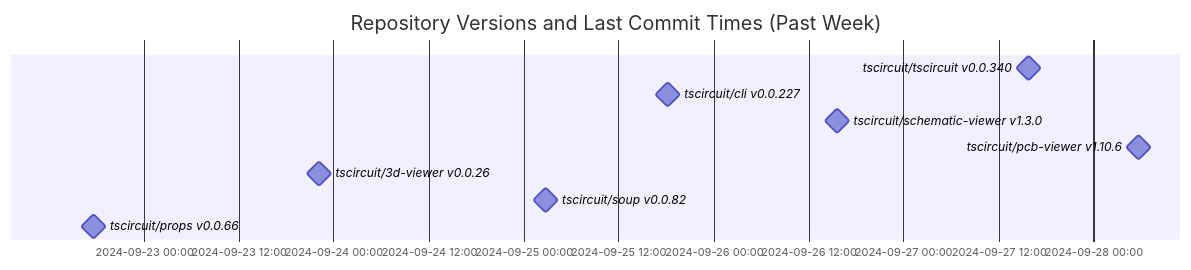
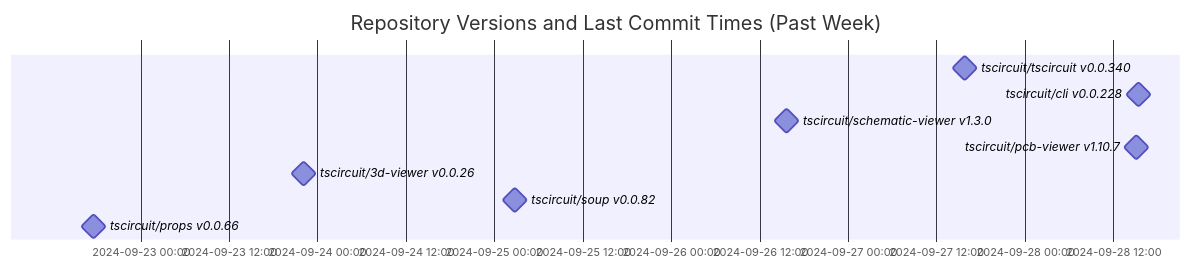
One commit to tscircuit/version-tracker changed the diagram in README.md. Above: the diagram before and after it, drawn with Mermaid.

Commit message:
Update chart

````diff
--- a/README.md
+++ b/README.md
@@ -1,14 +1,14 @@
 ```mermaid
 gantt
   dateFormat  YYYY-MM-DD HH:mm:ss
   title Repository Versions and Last Commit Times (Past Week)
   axisFormat %Y-%m-%d %H:%M
 
   tscircuit/tscircuit v0.0.340 : milestone, 2024-09-27 15:50:01, 1s
-  tscircuit/cli v0.0.227 : milestone, 2024-09-25 18:09:04, 1s
+  tscircuit/cli v0.0.228 : milestone, 2024-09-28 15:23:59, 1s
   tscircuit/schematic-viewer v1.3.0 : milestone, 2024-09-26 15:39:47, 1s
-  tscircuit/pcb-viewer v1.10.6 : milestone, 2024-09-28 05:41:44, 1s
+  tscircuit/pcb-viewer v1.10.7 : milestone, 2024-09-28 15:06:22, 1s
   tscircuit/3d-viewer v0.0.26 : milestone, 2024-09-23 22:06:33, 1s
   tscircuit/soup v0.0.82 : milestone, 2024-09-25 02:48:20, 1s
   tscircuit/props v0.0.66 : milestone, 2024-09-22 17:38:44, 1s
 ```
````
